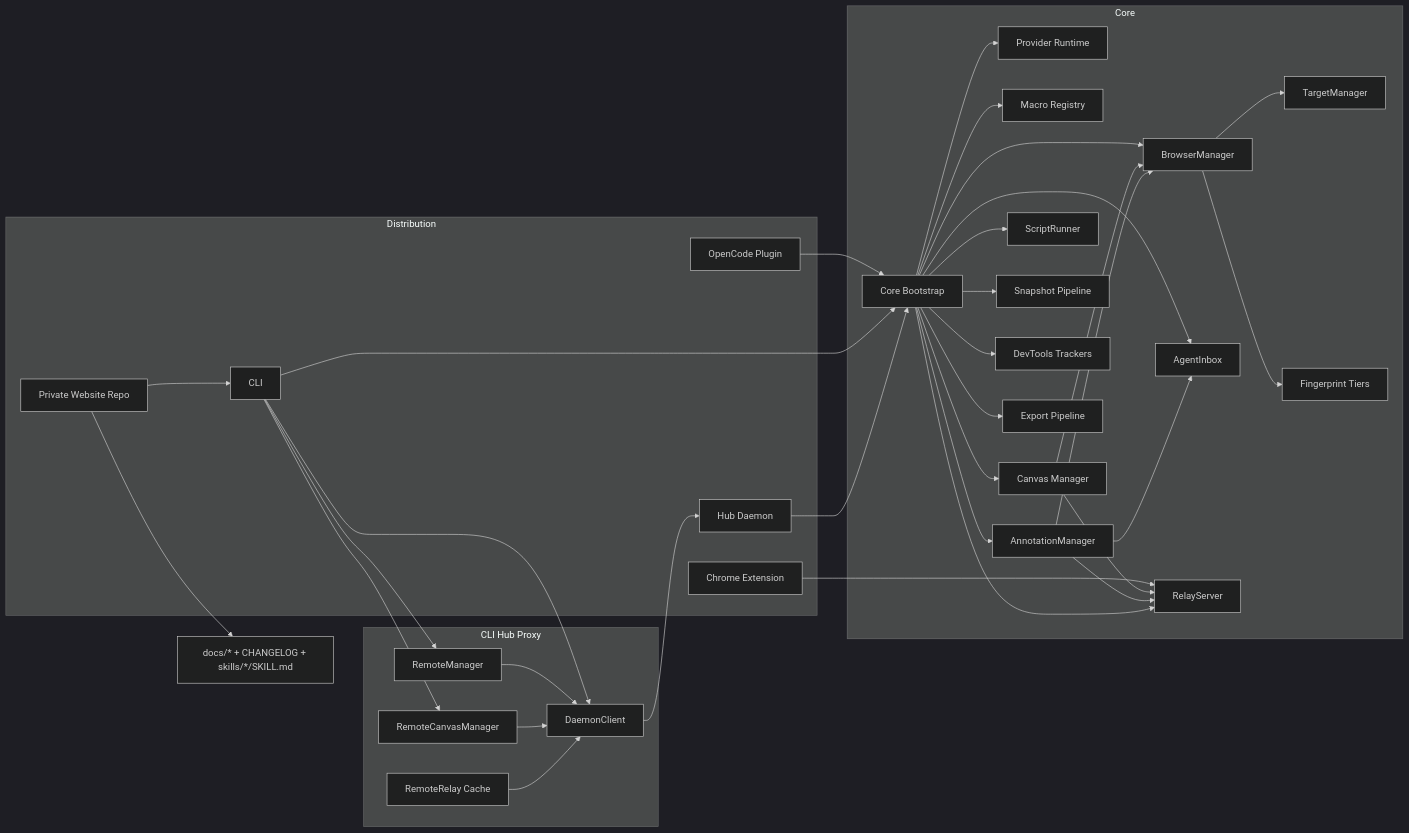
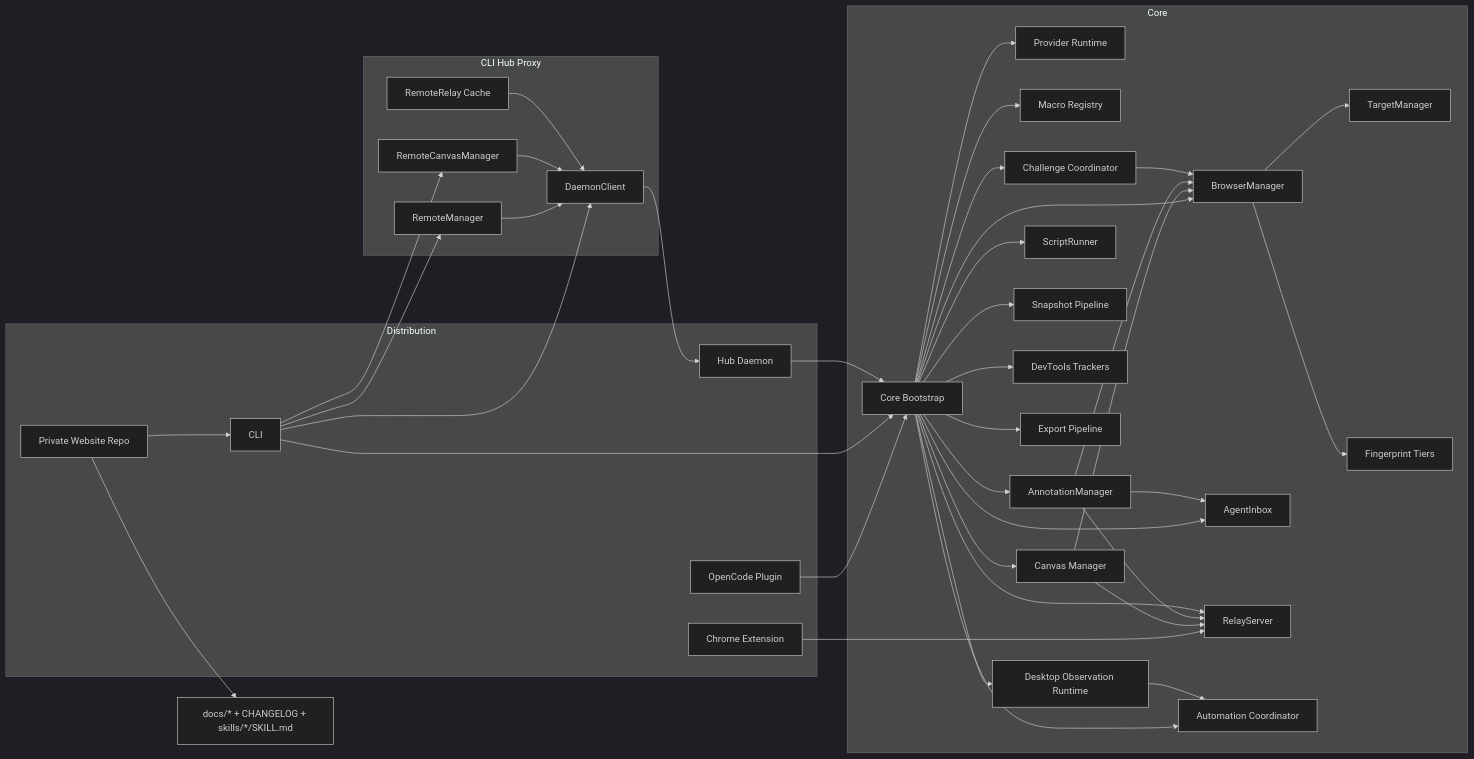
Before and after one commit to freshtechbro/opendevbrowser: the first of 4 diagrams in docs/ARCHITECTURE.md, drawn with Mermaid (dark theme). The commit also changed other lines of this file and 47 other files, not shown here.

````diff
--- a/docs/ARCHITECTURE.md
+++ b/docs/ARCHITECTURE.md
@@ -143,67 +145,75 @@
 ```mermaid
 flowchart LR
   subgraph Distribution
     Plugin[OpenCode Plugin]
     CLI[CLI]
     Hub[Hub Daemon]
     Extension[Chrome Extension]
     Frontend[Private Website Repo]
   end
 
   subgraph HubProxy[CLI Hub Proxy]
     DaemonClient[DaemonClient]
     RemoteManager[RemoteManager]
     RemoteCanvasManager[RemoteCanvasManager]
     RemoteRelay[RemoteRelay Cache]
   end
 
   subgraph Core
     CoreBootstrap[Core Bootstrap]
     BrowserManager[BrowserManager]
     TargetManager[TargetManager]
     ProviderRuntime[Provider Runtime]
     MacroRegistry[Macro Registry]
     Fingerprint[Fingerprint Tiers]
     CanvasManager[Canvas Manager]
     AnnotationManager[AnnotationManager]
     AgentInbox[AgentInbox]
     ScriptRunner[ScriptRunner]
     Snapshotter[Snapshot Pipeline]
     Devtools[DevTools Trackers]
     Exporter[Export Pipeline]
     Relay[RelayServer]
+    ChallengeCoord[Challenge Coordinator]
+    DesktopRuntime[Desktop Observation Runtime]
+    AutomationCoordinator[Automation Coordinator]
   end
 
   Plugin --> CoreBootstrap
   CLI --> DaemonClient
   CLI --> RemoteManager
   CLI --> RemoteCanvasManager
   RemoteManager --> DaemonClient
   RemoteCanvasManager --> DaemonClient
   RemoteRelay --> DaemonClient
   DaemonClient --> Hub
   CLI --> CoreBootstrap
   Hub --> CoreBootstrap
   Extension --> Relay
   Frontend --> CLI
   Frontend --> Docs[docs/* + CHANGELOG + skills/*/SKILL.md]
 
   CoreBootstrap --> BrowserManager
   BrowserManager --> TargetManager
   CoreBootstrap --> CanvasManager
   CanvasManager --> BrowserManager
   CanvasManager --> Relay
   CoreBootstrap --> ProviderRuntime
   CoreBootstrap --> MacroRegistry
   BrowserManager --> Fingerprint
   CoreBootstrap --> AnnotationManager
   AnnotationManager --> BrowserManager
   CoreBootstrap --> AgentInbox
   AnnotationManager --> AgentInbox
   AnnotationManager --> Relay
   CoreBootstrap --> ScriptRunner
   CoreBootstrap --> Snapshotter
   CoreBootstrap --> Devtools
   CoreBootstrap --> Exporter
   CoreBootstrap --> Relay
+  CoreBootstrap --> ChallengeCoord
+  CoreBootstrap --> DesktopRuntime
+  CoreBootstrap --> AutomationCoordinator
+  ChallengeCoord --> BrowserManager
+  DesktopRuntime --> AutomationCoordinator
 ```
````
